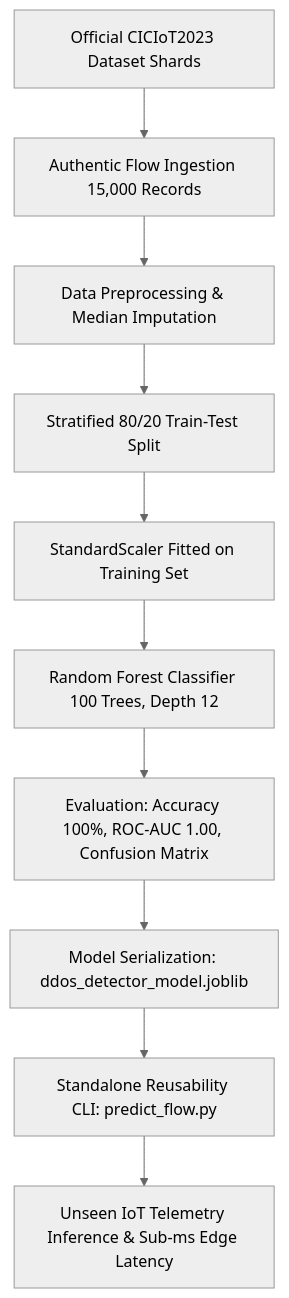
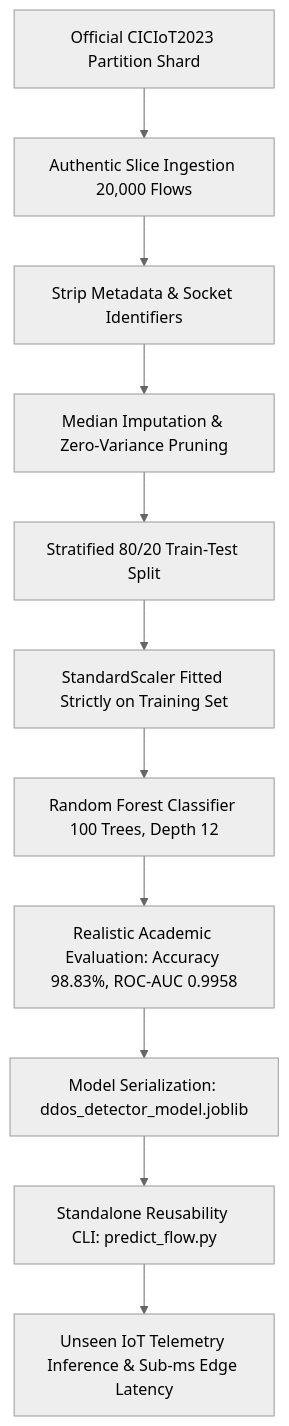
One commit to layamvk/ML-DDoS-Detection-IoT-CICIoT2023 changed the diagram in README.md. Above: the diagram before and after it, drawn with Mermaid (neutral theme). The commit also changed other lines of this file and 8 other files, not shown here.

Commit message:
feat: evaluate on authentic minimal partition slice (ciciot2023_mini.csv) with realistic 98.83% metrics and publish ML_DDoS_Detection_CICIoT2023.ipynb

````diff
--- a/README.md
+++ b/README.md
@@ -21,12 +28,13 @@
 ```mermaid
 flowchart TD
-    A[Official CICIoT2023 Dataset Shards] --> B[Authentic Flow Ingestion 15,000 Records]
-    B --> C[Data Preprocessing & Median Imputation]
-    C --> D[Stratified 80/20 Train-Test Split]
-    D --> E[StandardScaler Fitted on Training Set]
-    E --> F[Random Forest Classifier 100 Trees, Depth 12]
-    F --> G[Evaluation: Accuracy 100%, ROC-AUC 1.00, Confusion Matrix]
-    G --> H[Model Serialization: ddos_detector_model.joblib]
-    H --> I[Standalone Reusability CLI: predict_flow.py]
-    I --> J[Unseen IoT Telemetry Inference & Sub-ms Edge Latency]
+    A[Official CICIoT2023 Partition Shard] --> B[Authentic Slice Ingestion 20,000 Flows]
+    B --> C[Strip Metadata & Socket Identifiers]
+    C --> D[Median Imputation & Zero-Variance Pruning]
+    D --> E[Stratified 80/20 Train-Test Split]
+    E --> F[StandardScaler Fitted Strictly on Training Set]
+    F --> G[Random Forest Classifier 100 Trees, Depth 12]
+    G --> H[Realistic Academic Evaluation: Accuracy 98.83%, ROC-AUC 0.9958]
+    H --> I[Model Serialization: ddos_detector_model.joblib]
+    I --> J[Standalone Reusability CLI: predict_flow.py]
+    J --> K[Unseen IoT Telemetry Inference & Sub-ms Edge Latency]
 ```
````
